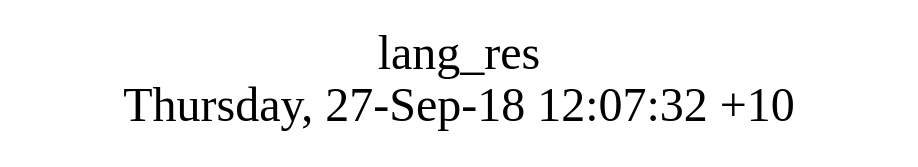
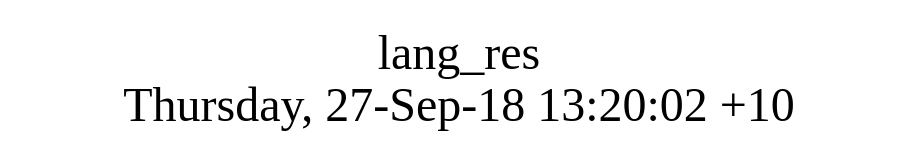
The diagram in src/lang_res/struct.dot (AplaProject/apps), drawn with Graphviz before and after one commit. The commit also changed 5 other files, not shown here.

```diff
--- a/src/lang_res/struct.dot
+++ b/src/lang_res/struct.dot
@@ -1,8 +1,8 @@
 digraph G {
 fontsize="24";
-label="lang_res\nThursday, 27-Sep-18 12:07:32 +10";
+label="lang_res\nThursday, 27-Sep-18 13:20:02 +10";
 nojustify=true;
 ordering=out;
 rankdir=LR;
 size="30";
 }
```
